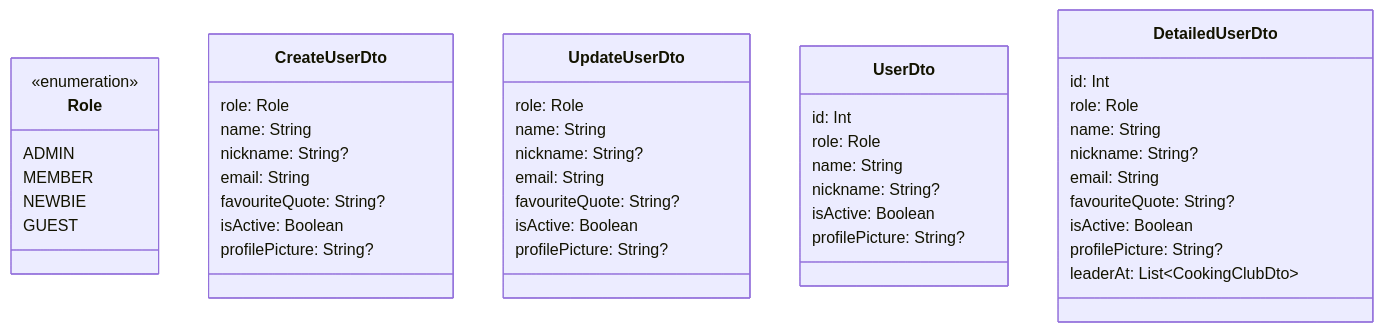
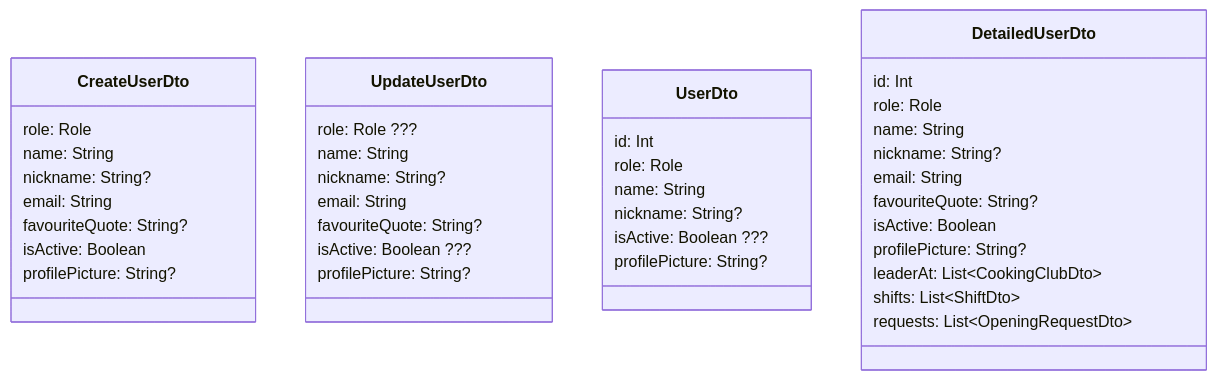
Before and after one commit to kir-dev/foodex-web: the first of 9 diagrams in Upgrade backend TERV.md, drawn with Mermaid. The commit also changed other lines of this file, not shown here.

````diff
--- a/Upgrade backend TERV.md
+++ b/Upgrade backend TERV.md
@@ -5,52 +5,46 @@
 ```mermaid
 classDiagram
-
-class Role {
-    <<enumeration>>
-    ADMIN
-    MEMBER
-    NEWBIE
-    GUEST
-}
 
 class CreateUserDto {
     role: Role
     name: String
     nickname: String?
     email: String
     favouriteQuote: String?
     isActive: Boolean
     profilePicture: String?
 }
 
 class UpdateUserDto {
-    role: Role
+    role: Role ???
     name: String
     nickname: String?
     email: String
     favouriteQuote: String?
-    isActive: Boolean
+    isActive: Boolean ???
     profilePicture: String?
 }
 
 class UserDto {
     id: Int
     role: Role
     name: String
     nickname: String?
-    isActive: Boolean
+    isActive: Boolean ???
     profilePicture: String?
 }
 
 class DetailedUserDto {
     id: Int
     role: Role
     name: String
     nickname: String?
     email: String
     favouriteQuote: String?
     isActive: Boolean
     profilePicture: String?
     leaderAt: List&lt;CookingClubDto&gt;
+    shifts: List&lt;ShiftDto&gt;
+    requests: List&lt;OpeningRequestDto&gt;
 }
 ```
````
